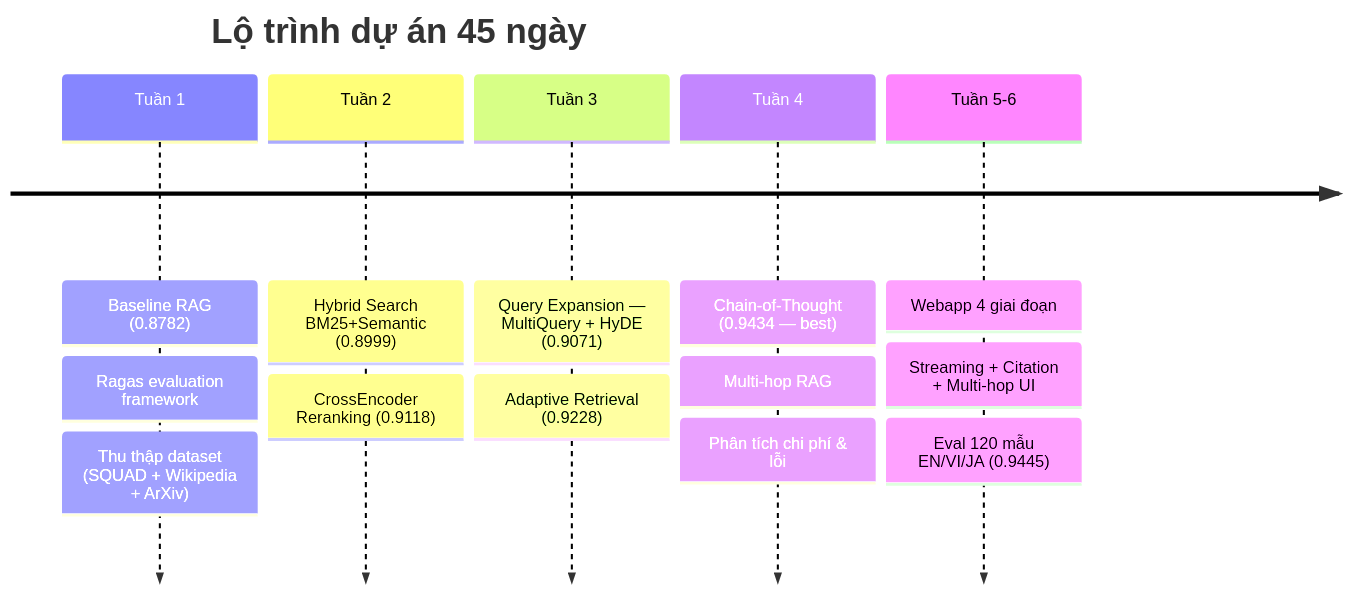
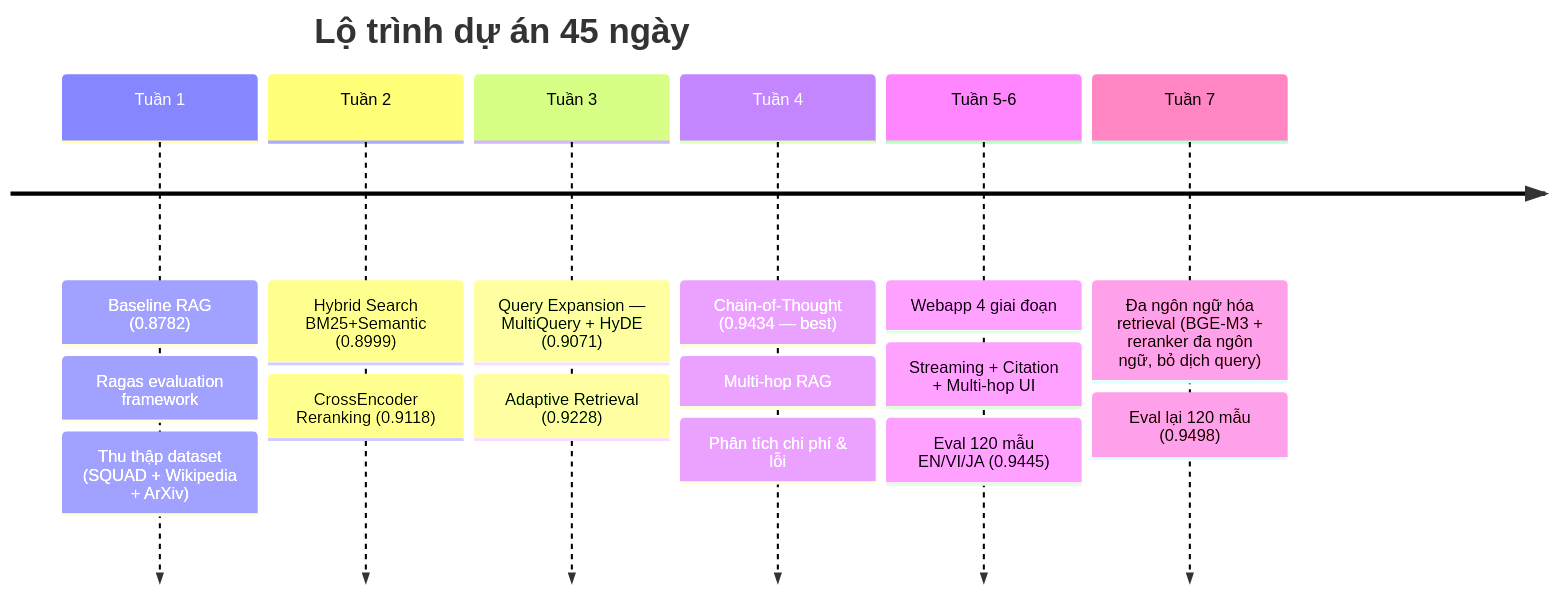
One commit to rosy179/RAG_precision_optimization changed the first of 9 diagrams in README.md. Above: the diagram before and after it, drawn with Mermaid. The commit also changed other lines of this file and 2 other files, not shown here.

````diff
--- a/README.md
+++ b/README.md
@@ -25,9 +25,10 @@
 ```mermaid
 timeline
     title Lộ trình dự án 45 ngày
     Tuần 1 : Baseline RAG (0.8782) : Ragas evaluation framework : Thu thập dataset (SQUAD + Wikipedia + ArXiv)
     Tuần 2 : Hybrid Search BM25+Semantic (0.8999) : CrossEncoder Reranking (0.9118)
     Tuần 3 : Query Expansion — MultiQuery + HyDE (0.9071) : Adaptive Retrieval (0.9228)
     Tuần 4 : Chain-of-Thought (0.9434 — best) : Multi-hop RAG : Phân tích chi phí & lỗi
     Tuần 5-6 : Webapp 4 giai đoạn : Streaming + Citation + Multi-hop UI : Eval 120 mẫu EN/VI/JA (0.9445)
+    Tuần 7 : Đa ngôn ngữ hóa retrieval (BGE-M3 + reranker đa ngôn ngữ, bỏ dịch query) : Eval lại 120 mẫu (0.9498)
 ```
````
